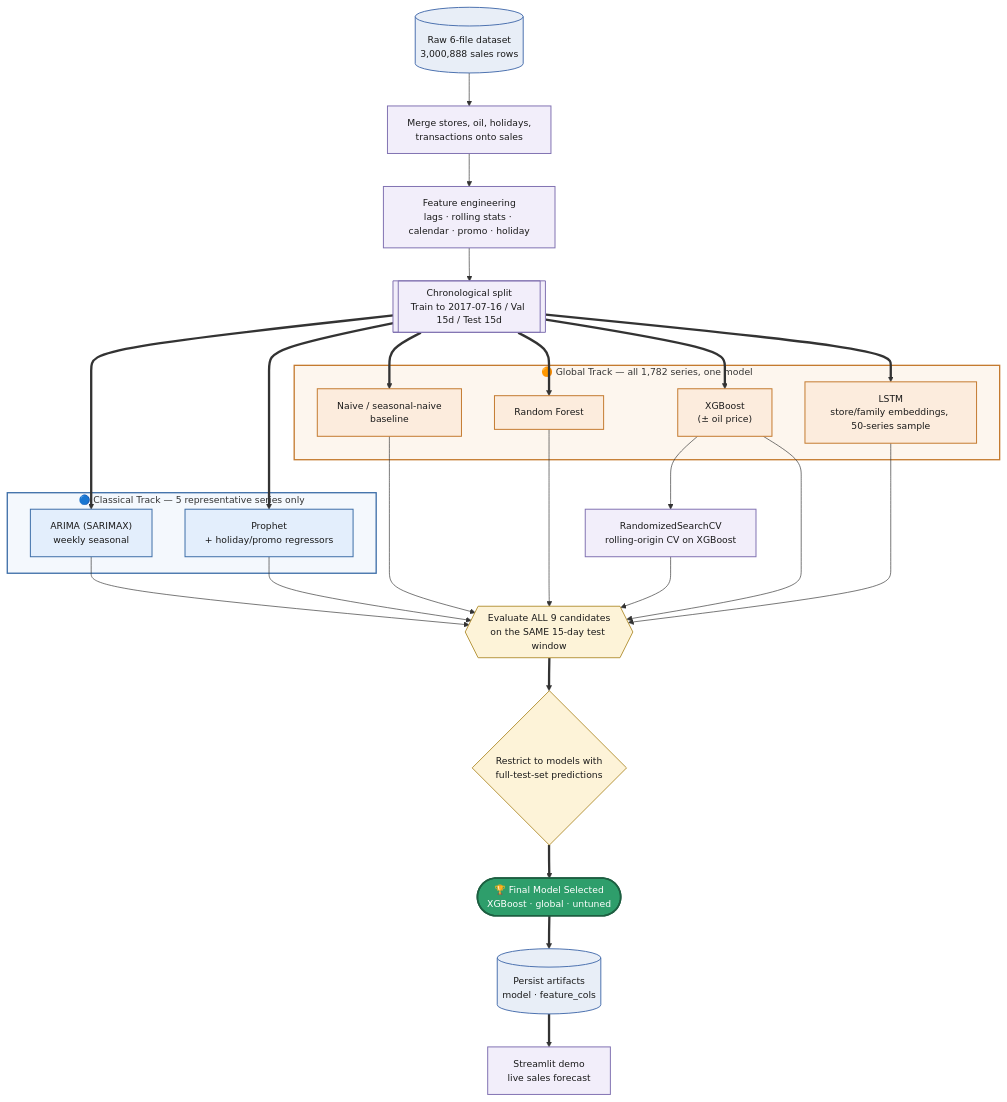
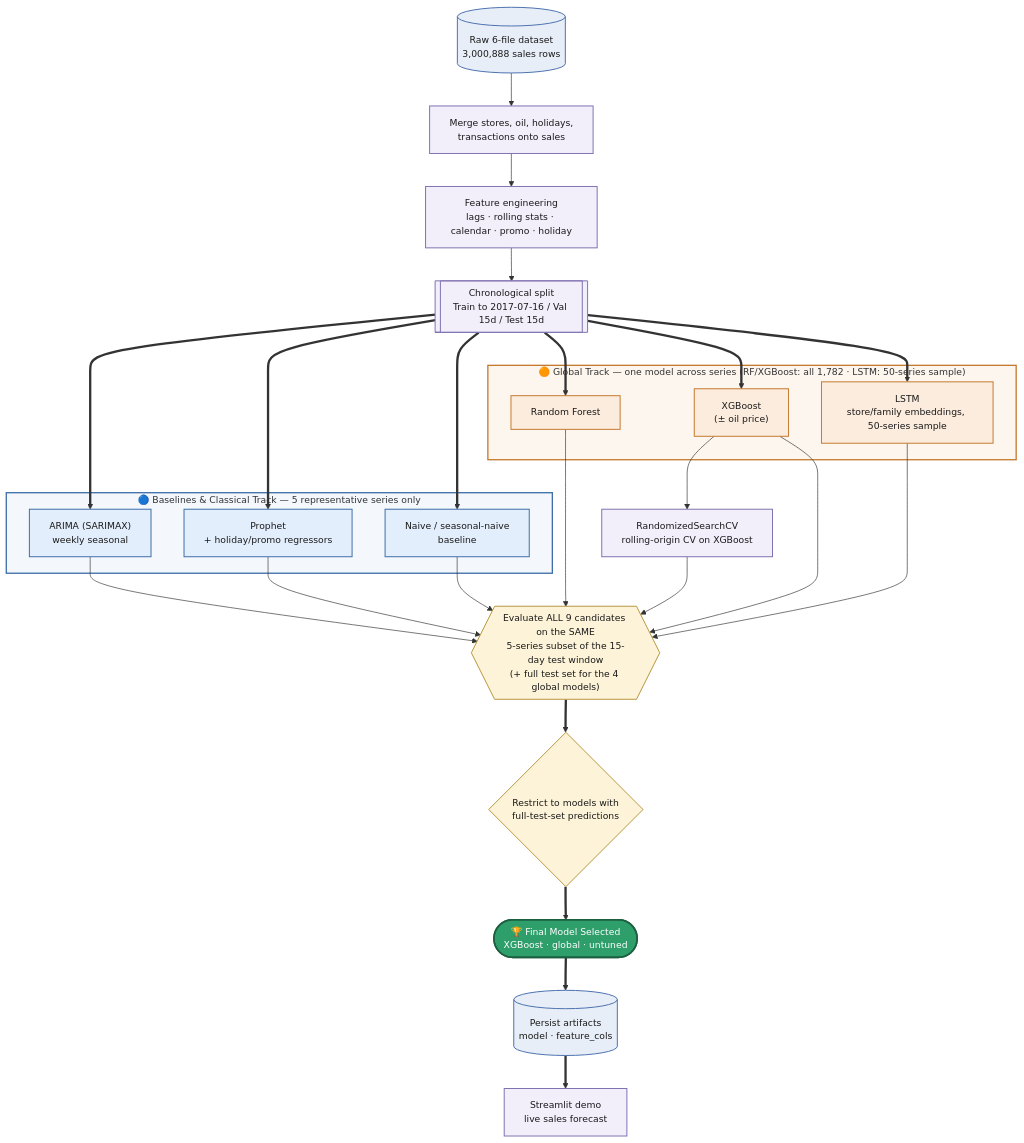
One commit to Sudharshan205-Proj/retail-demand-forecasting changed the third of 3 diagrams in README.md. Above: the diagram before and after it, drawn with Mermaid. The commit also changed other lines of this file and 12 other files, not shown here.

````diff
--- a/README.md
+++ b/README.md
@@ -235,65 +237,65 @@
 ```mermaid
 %%{init: {"flowchart": {"curve": "basis"}, "themeVariables": {"fontSize": "14px"}}}%%
 flowchart TD
     R[("Raw 6-file dataset<br/>3,000,888 sales rows")]
     S["Merge stores, oil, holidays,<br/>transactions onto sales"]
     FE["Feature engineering<br/>lags · rolling stats · calendar · promo · holiday"]
     SPLIT[["Chronological split<br/>Train to 2017-07-16 / Val 15d / Test 15d"]]
 
     R --> S --> FE --> SPLIT
 
-    subgraph CLASSICAL["🔵 Classical Track — 5 representative series only"]
+    subgraph CLASSICAL["🔵 Baselines & Classical Track — 5 representative series only"]
+        V1["Naive / seasonal-naive<br/>baseline"]
         U1["ARIMA (SARIMAX)<br/>weekly seasonal"]
         U2["Prophet<br/>+ holiday/promo regressors"]
     end
 
-    subgraph GLOBAL["🟠 Global Track — all 1,782 series, one model"]
-        V1["Naive / seasonal-naive<br/>baseline"]
+    subgraph GLOBAL["🟠 Global Track — one model across series (RF/XGBoost: all 1,782 · LSTM: 50-series sample)"]
         V2["Random Forest"]
         V3["XGBoost<br/>(± oil price)"]
         V4["LSTM<br/>store/family embeddings, 50-series sample"]
     end
 
     SPLIT ==> U1
     SPLIT ==> U2
     SPLIT ==> V1
     SPLIT ==> V2
     SPLIT ==> V3
     SPLIT ==> V4
 
     TUNE["RandomizedSearchCV<br/>rolling-origin CV on XGBoost"]
     V3 --> TUNE
 
-    EVAL{{"Evaluate ALL 9 candidates<br/>on the SAME 15-day test window"}}
+    EVAL{{"Evaluate ALL 9 candidates on the SAME<br/>5-series subset of the 15-day test window<br/>(+ full test set for the 4 global models)"}}
     U1 --> EVAL
     U2 --> EVAL
     V1 --> EVAL
     V2 --> EVAL
     V3 --> EVAL
     V4 --> EVAL
     TUNE --> EVAL
 
     DEPLOY{"Restrict to models with<br/>full-test-set predictions"}
     FINAL(["🏆 Final Model Selected<br/>XGBoost · global · untuned"])
     ART[("Persist artifacts<br/>model · feature_cols")]
     DEMO["Streamlit demo<br/>live sales forecast"]
 
     EVAL ==> DEPLOY ==> FINAL ==> ART ==> DEMO
 
     classDef data     fill:#e8eef7,stroke:#4C72B0,stroke-width:1.5px,color:#1a1a1a
     classDef decision fill:#fdf3d8,stroke:#b8973f,stroke-width:1.5px,color:#1a1a1a
     classDef process  fill:#f2eefa,stroke:#8172B2,stroke-width:1.5px,color:#1a1a1a
     classDef classical fill:#e3eefc,stroke:#3d6ea8,stroke-width:1.5px,color:#1a1a1a
     classDef global   fill:#fcecdd,stroke:#c47a2f,stroke-width:1.5px,color:#1a1a1a
     classDef final    fill:#2e9e6b,stroke:#1d5f41,stroke-width:2.5px,color:#ffffff
 
     class R,ART data
     class DEPLOY,EVAL decision
     class S,FE,SPLIT,TUNE,DEMO process
-    class U1,U2 classical
-    class V1,V2,V3,V4 global
+    class V1,U1,U2 classical
+    class V2,V3,V4 global
     class FINAL final
 
     style CLASSICAL fill:#f4f8fd,stroke:#3d6ea8,stroke-width:2px
     style GLOBAL    fill:#fdf6ee,stroke:#c47a2f,stroke-width:2px
 ```
````
